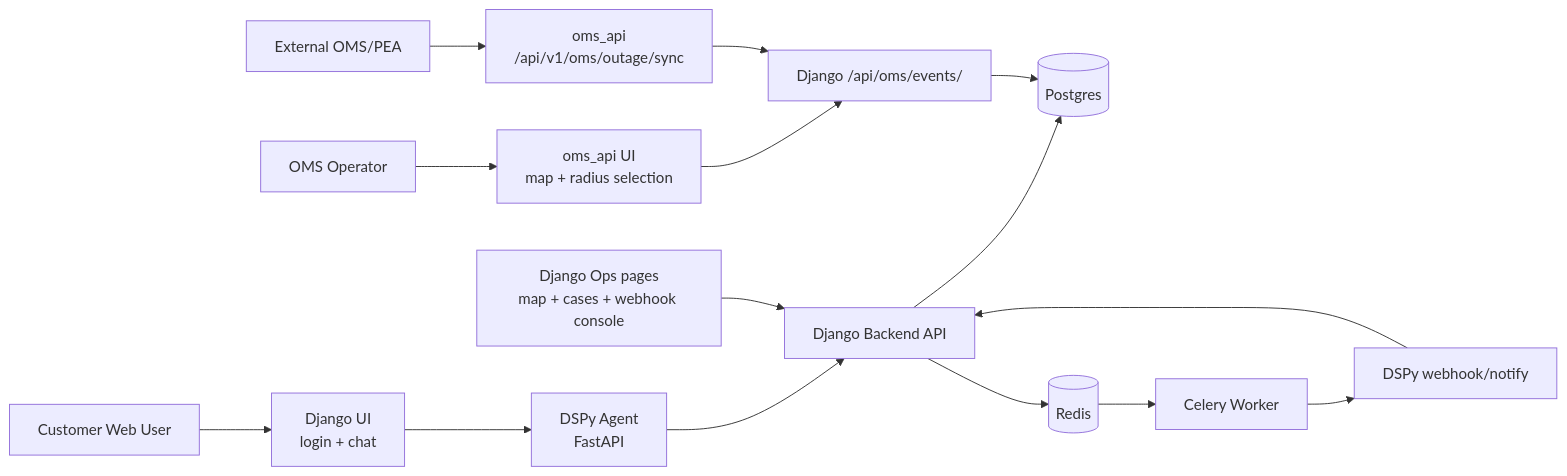
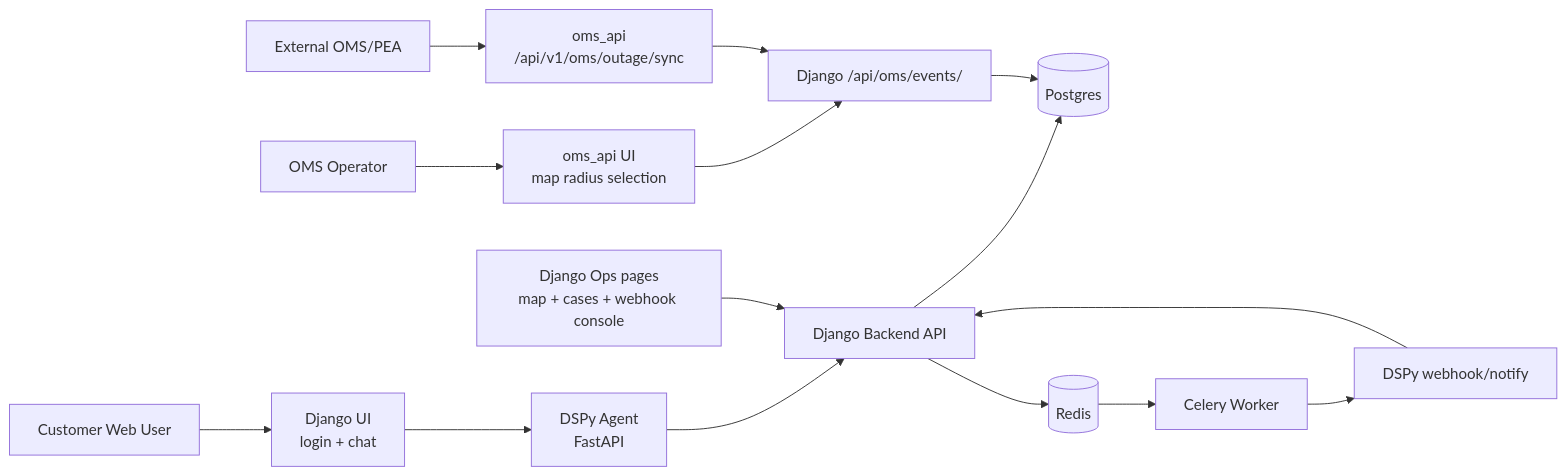
One commit to Atothegod/poc_excise changed the diagram in docs/system_architecture.md. Above: the diagram before and after it, drawn with Mermaid. The commit also changed other lines of this file and 10 other files, not shown here.

````diff
--- a/docs/system_architecture.md
+++ b/docs/system_architecture.md
@@ -7,19 +7,19 @@
 ```mermaid
 flowchart LR
     User[Customer Web User] --> DjangoUI[Django UI\nlogin + chat]
     DjangoUI --> Dspy[DSPy Agent\nFastAPI]
     Dspy --> DjangoAPI[Django Backend API]
     DjangoAPI --> PG[(Postgres)]
     DjangoAPI --> Redis[(Redis)]
     Redis --> Celery[Celery Worker]
     Celery --> DspyWebhook[DSPy webhook/notify]
     DspyWebhook --> DjangoAPI
 
-    Operator[OMS Operator] --> OmsUI[oms_api UI\nmap + radius selection]
+    Operator[OMS Operator] --> OmsUI[oms_api UI\nmap radius selection]
     ExternalOMS[External OMS/PEA] --> OmsSpec[oms_api\n/api/v1/oms/outage/sync]
     OmsUI --> DjangoEvent[Django /api/oms/events/]
     OmsSpec --> DjangoEvent
     DjangoEvent --> PG
 
     DjangoOps[Django Ops pages\nmap + cases + webhook console] --> DjangoAPI
 ```
````
